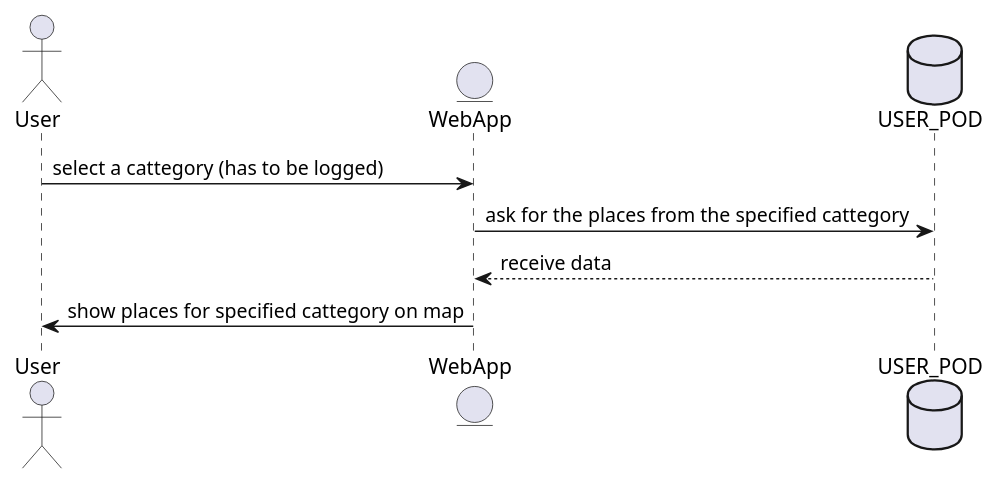
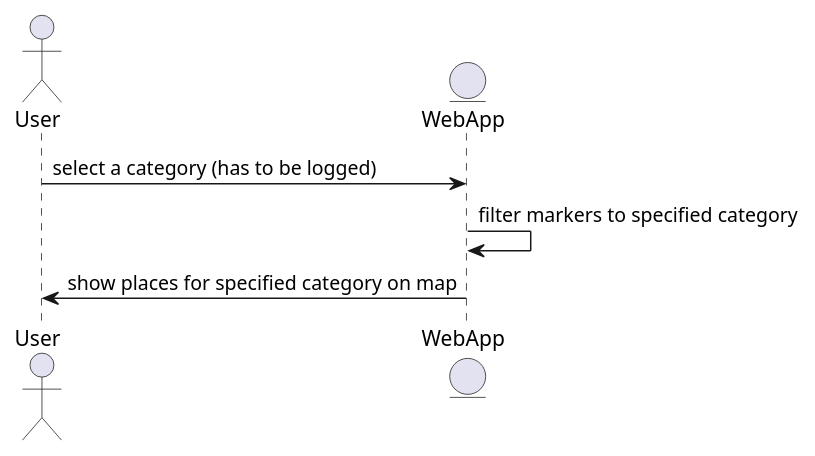
The seventh of 7 diagrams in docs/06_runtime_view.adoc (Arquisoft/lomap_es5c), drawn with PlantUML before and after one commit. The commit also changed other lines of this file and 8 other files, not shown here.

```diff
--- a/docs/06_runtime_view.adoc
+++ b/docs/06_runtime_view.adoc
@@ -117,11 +116,9 @@
 [plantuml,"filter map diagram",png]
 ----
 actor User
 entity EntityWeb as "WebApp"
-database Pod as "USER_POD"
 
-User -> EntityWeb: select a cattegory (has to be logged)
-EntityWeb -> Pod: ask for the places from the specified cattegory
-Pod --> EntityWeb: receive data
-EntityWeb -> User: show places for specified cattegory on map
+User -> EntityWeb: select a category (has to be logged)
+EntityWeb -> EntityWeb: filter markers to specified category
+EntityWeb -> User: show places for specified category on map
 ----
```
